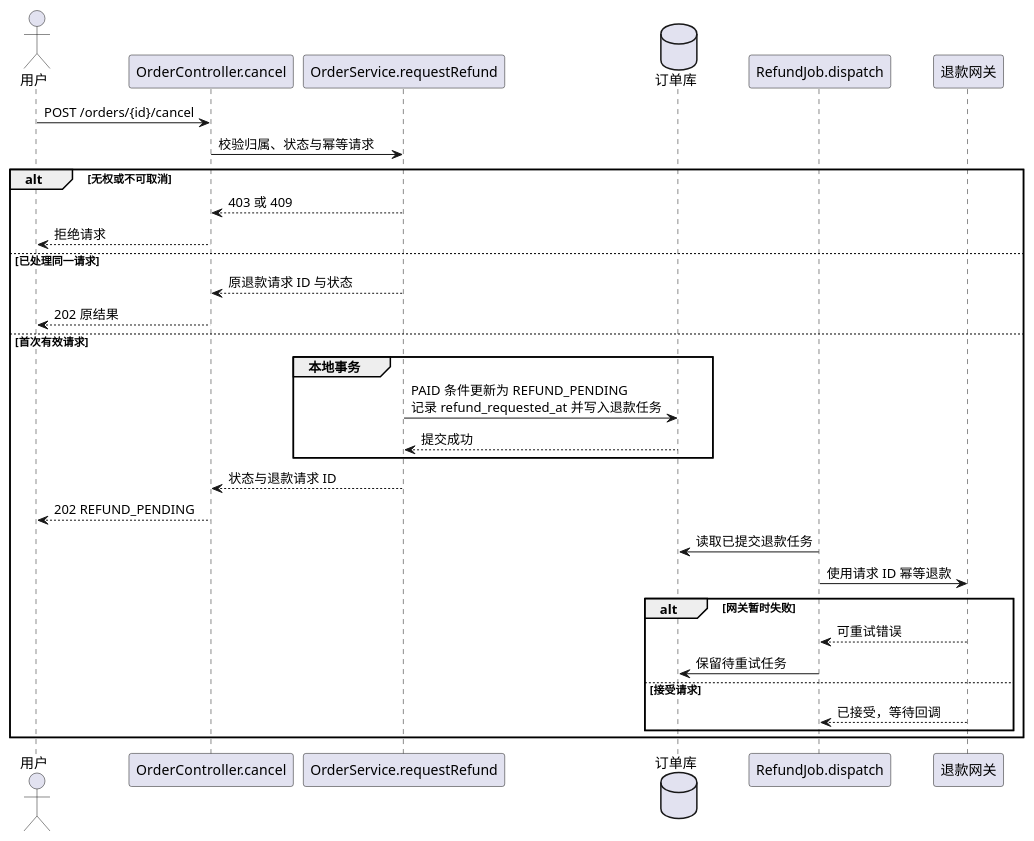
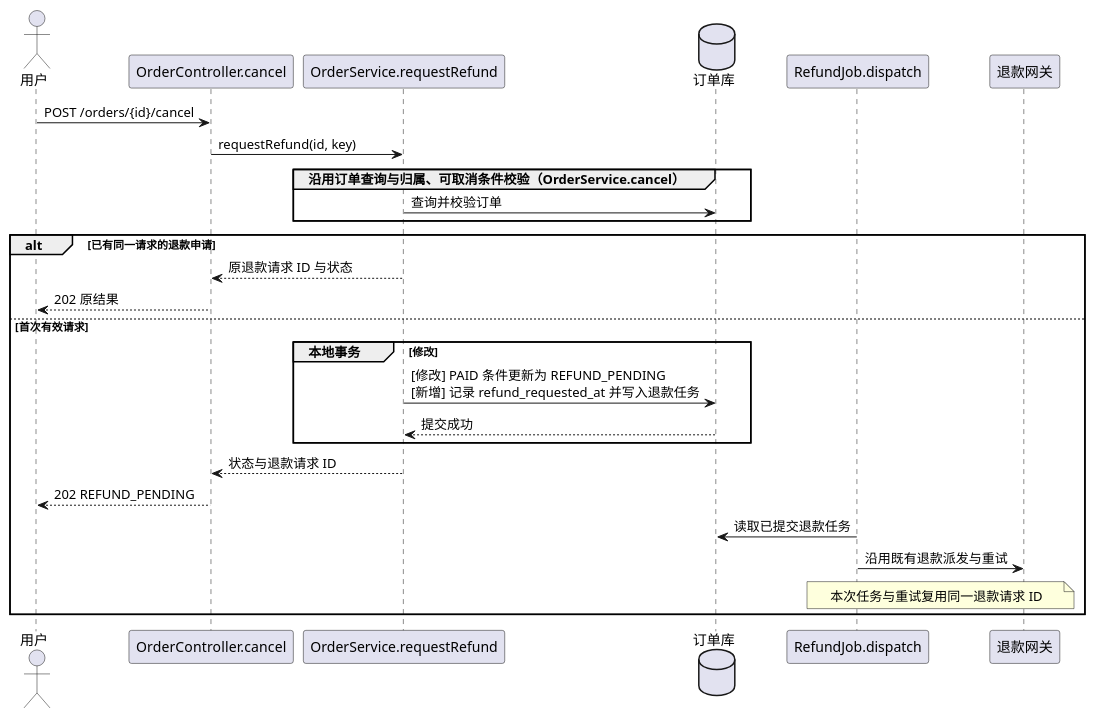
Before and after one commit to Leeycw96/harness-project: the second of 2 diagrams in keel-plan/skills/keel-plan/assets/plan-template.features/cancel-order.md, drawn with PlantUML. The commit also changed other lines of this file and 12 other files, not shown here.

````diff
--- a/keel-plan/skills/keel-plan/assets/plan-template.features/cancel-order.md
+++ b/keel-plan/skills/keel-plan/assets/plan-template.features/cancel-order.md
@@ -41,34 +30,31 @@
 ```plantuml
 @startuml
 actor 用户
 participant "OrderController.cancel" as API
 participant "OrderService.requestRefund" as Service
 database 订单库 as DB
 participant "RefundJob.dispatch" as Job
 participant 退款网关 as Gateway
 用户 -> API : POST /orders/{id}/cancel
-API -> Service : 校验归属、状态与幂等请求
-alt 无权或不可取消
-Service --> API : 403 或 409
-API --> 用户 : 拒绝请求
-else 已处理同一请求
+API -> Service : requestRefund(id, key)
+group 沿用订单查询与归属、可取消条件校验（OrderService.cancel）
+Service -> DB : 查询并校验订单
+end
+alt 已有同一请求的退款申请
 Service --> API : 原退款请求 ID 与状态
 API --> 用户 : 202 原结果
 else 首次有效请求
-group 本地事务
-Service -> DB : PAID 条件更新为 REFUND_PENDING\n记录 refund_requested_at 并写入退款任务
+group 本地事务 [修改]
+Service -> DB : [修改] PAID 条件更新为 REFUND_PENDING\n[新增] 记录 refund_requested_at 并写入退款任务
 DB --> Service : 提交成功
 end
 Service --> API : 状态与退款请求 ID
 API --> 用户 : 202 REFUND_PENDING
 Job -> DB : 读取已提交退款任务
-Job -> Gateway : 使用请求 ID 幂等退款
-alt 网关暂时失败
-Gateway --> Job : 可重试错误
-Job -> DB : 保留待重试任务
-else 接受请求
-Gateway --> Job : 已接受，等待回调
-end
+Job -> Gateway : 沿用既有退款派发与重试
+note over Job,Gateway
+本次任务与重试复用同一退款请求 ID
+end note
 end
 @enduml
 ```
````
